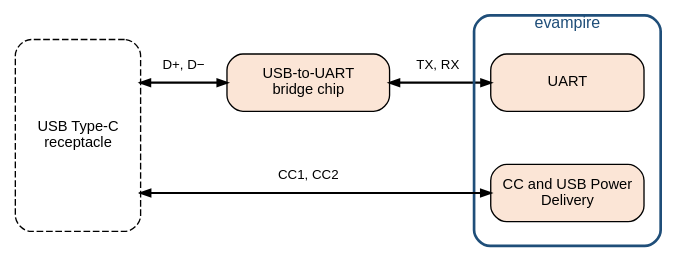
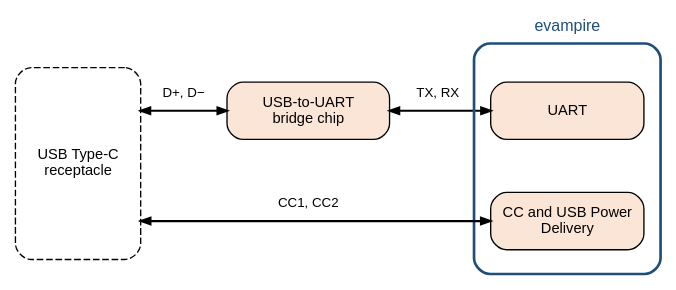
Before and after one commit to mithro/evampire: the diagram in docs/usb-serial/alternatives/bridge.dot, drawn with Graphviz.

Commit message:
Keep the evampire title clear of the bridge figure's border

```diff
--- a/docs/usb-serial/alternatives/bridge.dot
+++ b/docs/usb-serial/alternatives/bridge.dot
@@ -1,38 +1,40 @@
 // An external USB-to-serial bridge chip on the board: D+ and D- go to the
 // bridge, which talks to a UART on evampire; the CC wires and USB Power
 // Delivery stay on evampire.
 //
 // Fixed grid (positions in inches): connector at x=0.8, bridge at x=3.2,
 // evampire at x=5.9.
 //
 // SPDX-License-Identifier: Apache-2.0
 
 digraph bridge {
     graph [layout=neato, splines=false, overlap=true, fontname="Helvetica",
            size="7.4,3"];
     node  [shape=box, style="rounded,filled", fillcolor="#f2f2f2",
            fontname="Helvetica", fontsize=11, width=1.5, height=0.6,
            fixedsize=true];
     edge  [penwidth=1.6, arrowsize=0.7, dir=both, fontname="Helvetica",
            fontsize=10];
 
     conn  [pos="0.8,1.2!", width=1.3, height=2.0, label="USB Type-C\nreceptacle",
            fillcolor="#ffffff", style="rounded,filled,dashed"];
     br    [pos="3.2,1.75!", width=1.7, label="USB-to-UART\nbridge chip",
            fillcolor="#fbe5d6"];
     evu   [pos="5.9,1.75!", width=1.6, label="UART", fillcolor="#fbe5d6"];
     evc   [pos="5.9,0.6!", width=1.6, label="CC and USB Power\nDelivery", fillcolor="#fbe5d6"];
-    chip  [pos="5.9,1.25!", width=1.95, height=2.4, label="evampire", labelloc=t,
+    chip_l [pos="5.9,2.62!", shape=plaintext, style="", width=1.0, height=0.25,
+            fontsize=12, fontcolor="#1f4e79", label="evampire"];
+    chip  [pos="5.9,1.25!", width=1.95, height=2.4, label="",
            style="rounded,bold", color="#1f4e79", fontcolor="#1f4e79",
            fillcolor="none", fontsize=12];
 
     node  [shape=plaintext, style="", fontsize=10, width=0.8, height=0.2];
     l1 [pos="1.9,1.93!", label="D+, D−"];
     l2 [pos="4.55,1.93!", label="TX, RX"];
     l3 [pos="3.2,0.78!", width=1.2, label="CC1, CC2"];
     node  [shape=point, width=0.01, height=0.01, label=""];
     k1 [pos="1.45,1.75!"];
     k2 [pos="1.45,0.6!"];
 
     k1 -> br [dir=both];  br -> evu;  k2 -> evc;
 }
```
